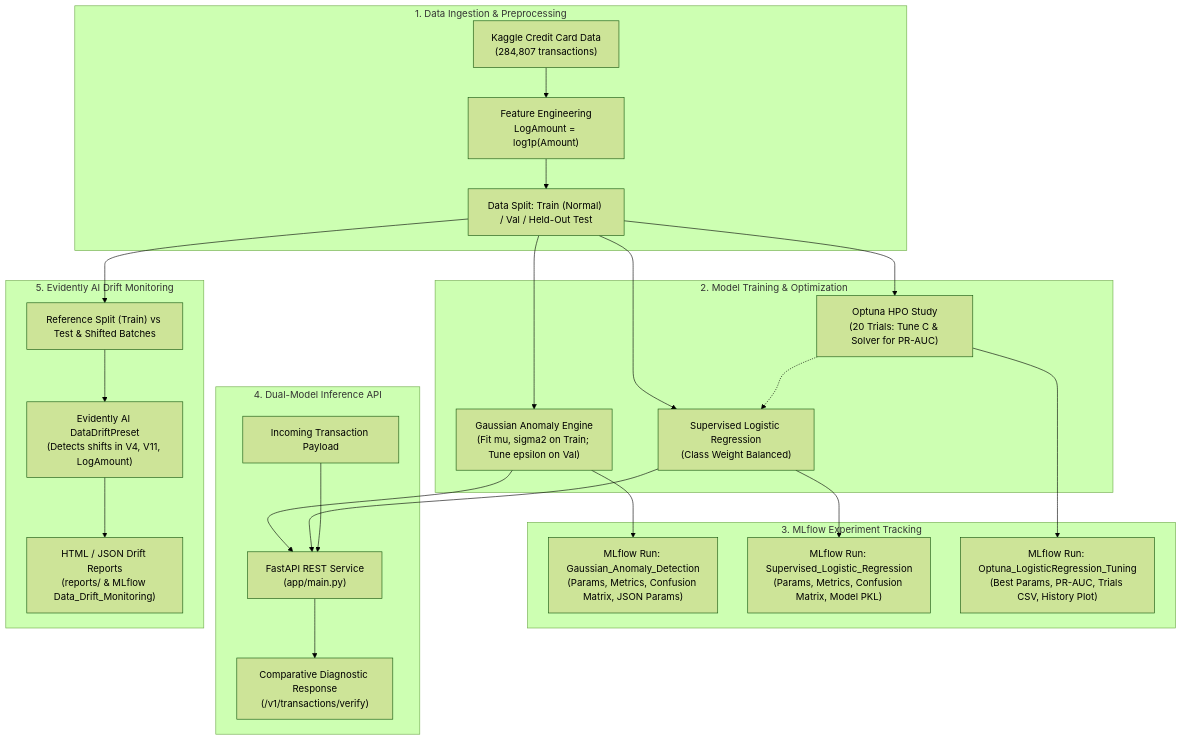
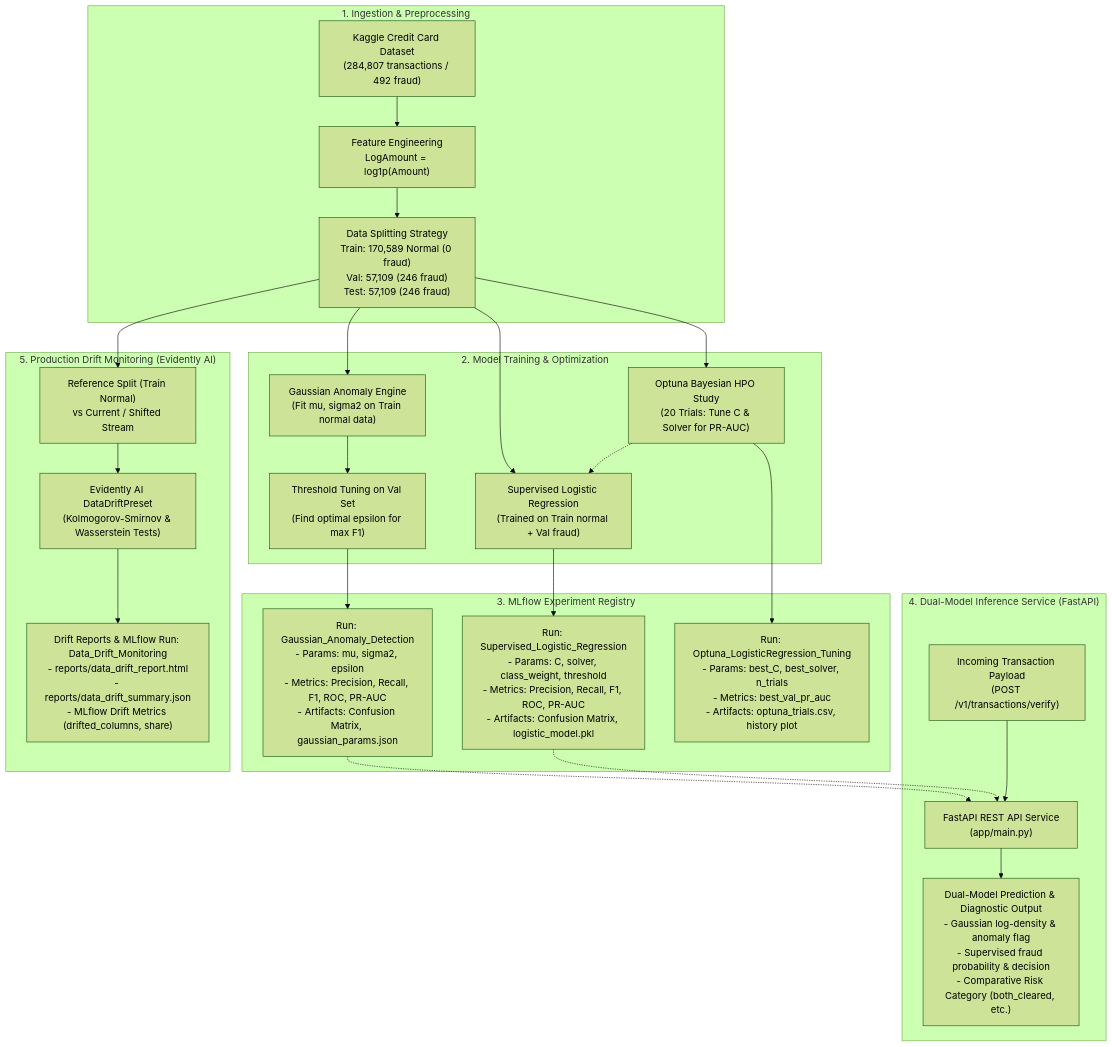
One commit to IsaakAlemu/fraud-anomaly-detection changed the diagram in README.md. Above: the diagram before and after it, drawn with Mermaid (forest theme). The commit also changed other lines of this file, not shown here.

Commit message:
docs: expand README into production MLOps technical runbook and architecture guide

````diff
--- a/README.md
+++ b/README.md
@@ -16,32 +45,34 @@
 ```mermaid
 flowchart TD
-    subgraph Data["1. Data Ingestion & Preprocessing"]
-        A["Kaggle Credit Card Data<br/>(284,807 transactions)"] --> B["Feature Engineering<br/>LogAmount = log1p(Amount)"]
-        B --> C["Data Split: Train (Normal) / Val / Held-Out Test"]
+    subgraph Ingestion["1. Ingestion & Preprocessing"]
+        A["Kaggle Credit Card Dataset<br/>(284,807 transactions / 492 fraud)"] --> B["Feature Engineering<br/>LogAmount = log1p(Amount)"]
+        B --> C["Data Splitting Strategy<br/>Train: 170,589 Normal (0 fraud)<br/>Val: 57,109 (246 fraud)<br/>Test: 57,109 (246 fraud)"]
     end
 
-    subgraph Training["2. Model Training & Optimization"]
-        C --> D["Gaussian Anomaly Engine<br/>(Fit mu, sigma2 on Train; Tune epsilon on Val)"]
-        C --> E["Supervised Logistic Regression<br/>(Class Weight Balanced)"]
-        C --> F["Optuna HPO Study<br/>(20 Trials: Tune C & Solver for PR-AUC)"]
+    subgraph Modeling["2. Model Training & Optimization"]
+        C --> D["Gaussian Anomaly Engine<br/>(Fit mu, sigma2 on Train normal data)"]
+        C --> E["Supervised Logistic Regression<br/>(Trained on Train normal + Val fraud)"]
+        C --> F["Optuna Bayesian HPO Study<br/>(20 Trials: Tune C & Solver for PR-AUC)"]
+        D --> D1["Threshold Tuning on Val Set<br/>(Find optimal epsilon for max F1)"]
         F -.-> E
     end
 
-    subgraph Tracking["3. MLflow Experiment Tracking"]
-        D --> G["MLflow Run: Gaussian_Anomaly_Detection<br/>(Params, Metrics, Confusion Matrix, JSON Params)"]
-        E --> H["MLflow Run: Supervised_Logistic_Regression<br/>(Params, Metrics, Confusion Matrix, Model PKL)"]
-        F --> I["MLflow Run: Optuna_LogisticRegression_Tuning<br/>(Best Params, PR-AUC, Trials CSV, History Plot)"]
+    subgraph Tracking["3. MLflow Experiment Registry"]
+        D1 --> G["Run: Gaussian_Anomaly_Detection<br/>- Params: mu, sigma2, epsilon<br/>- Metrics: Precision, Recall, F1, ROC, PR-AUC<br/>- Artifacts: Confusion Matrix, gaussian_params.json"]
+        E --> H["Run: Supervised_Logistic_Regression<br/>- Params: C, solver, class_weight, threshold<br/>- Metrics: Precision, Recall, F1, ROC, PR-AUC<br/>- Artifacts: Confusion Matrix, logistic_model.pkl"]
+        F --> I["Run: Optuna_LogisticRegression_Tuning<br/>- Params: best_C, best_solver, n_trials<br/>- Metrics: best_val_pr_auc<br/>- Artifacts: optuna_trials.csv, history plot"]
     end
 
-    subgraph Inference["4. Dual-Model Inference API"]
-        D & E --> J["FastAPI REST Service<br/>(app/main.py)"]
-        K["Incoming Transaction Payload"] --> J
-        J --> L["Comparative Diagnostic Response<br/>(/v1/transactions/verify)"]
+    subgraph Serving["4. Dual-Model Inference Service (FastAPI)"]
+        G -.-> J["FastAPI REST API Service<br/>(app/main.py)"]
+        H -.-> J
+        K["Incoming Transaction Payload<br/>(POST /v1/transactions/verify)"] --> J
+        J --> L["Dual-Model Prediction & Diagnostic Output<br/>- Gaussian log-density & anomaly flag<br/>- Supervised fraud probability & decision<br/>- Comparative Risk Category (both_cleared, etc.)"]
     end
 
-    subgraph Monitoring["5. Evidently AI Drift Monitoring"]
-        C --> M["Reference Split (Train) vs Test & Shifted Batches"]
-        M --> N["Evidently AI DataDriftPreset<br/>(Detects shifts in V4, V11, LogAmount)"]
-        N --> O["HTML / JSON Drift Reports<br/>(reports/ & MLflow Data_Drift_Monitoring)"]
+    subgraph Monitoring["5. Production Drift Monitoring (Evidently AI)"]
+        C --> M["Reference Split (Train Normal)<br/>vs Current / Shifted Stream"]
+        M --> N["Evidently AI DataDriftPreset<br/>(Kolmogorov-Smirnov & Wasserstein Tests)"]
+        N --> O["Drift Reports & MLflow Run: Data_Drift_Monitoring<br/>- reports/data_drift_report.html<br/>- reports/data_drift_summary.json<br/>- MLflow Drift Metrics (drifted_columns, share)"]
     end
 ```
````
